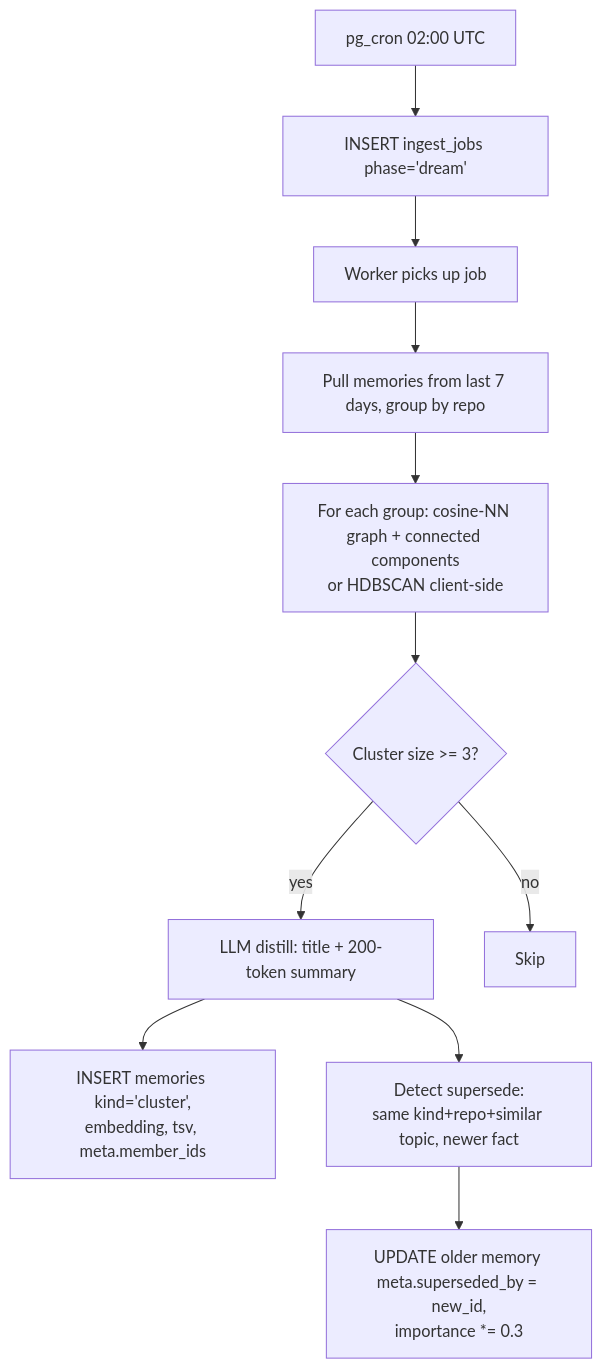
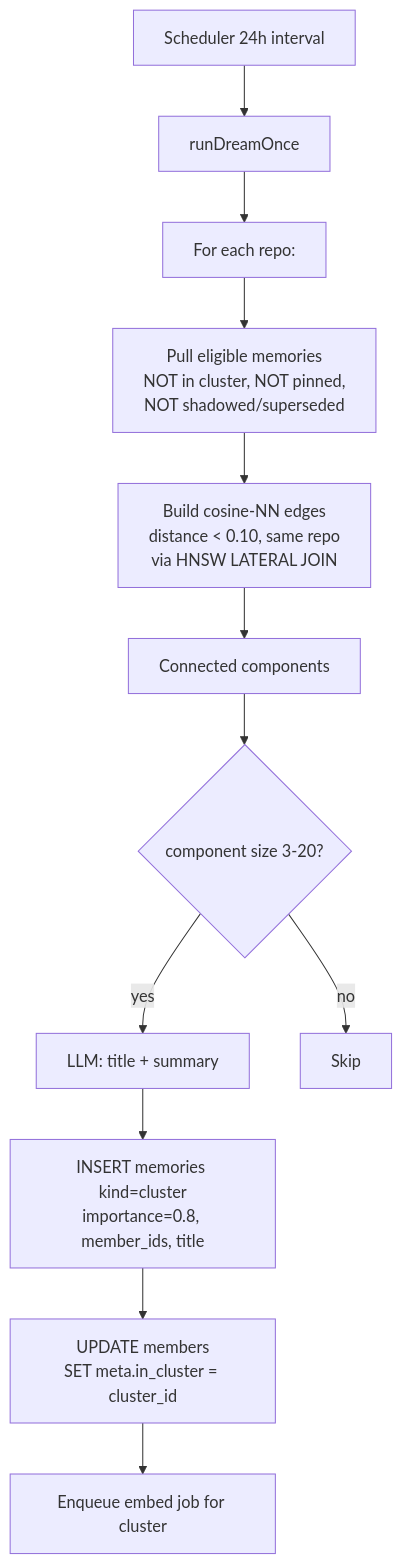
Before and after one commit to j10ra/mneme: the sixth of 8 diagrams in ARCHITECTURE.md, drawn with Mermaid. The commit also changed other lines of this file, not shown here.

First line of the commit message:
(docs): refresh Phase 6 Dream design before implementation

````diff
--- a/ARCHITECTURE.md
+++ b/ARCHITECTURE.md
@@ -474,13 +476,14 @@
 ```mermaid
 flowchart TD
-    A[pg_cron 02:00 UTC] --> B[INSERT ingest_jobs phase='dream']
-    B --> C[Worker picks up job]
-    C --> D[Pull memories from last 7 days, group by repo]
-    D --> E[For each group: cosine-NN graph + connected components<br/>or HDBSCAN client-side]
-    E --> F{Cluster size >= 3?}
-    F -- yes --> G[LLM distill: title + 200-token summary]
-    F -- no --> H[Skip]
-    G --> I[INSERT memories kind='cluster',<br/>embedding, tsv, meta.member_ids]
-    G --> J[Detect supersede:<br/>same kind+repo+similar topic, newer fact]
-    J --> K[UPDATE older memory meta.superseded_by = new_id,<br/>importance *= 0.3]
+    A[Scheduler 24h interval] --> B[runDreamOnce]
+    B --> C[For each repo:]
+    C --> D[Pull eligible memories<br/>NOT in cluster, NOT pinned,<br/>NOT shadowed/superseded]
+    D --> E[Build cosine-NN edges<br/>distance < 0.10, same repo<br/>via HNSW LATERAL JOIN]
+    E --> F[Connected components]
+    F --> G{component size 3-20?}
+    G -- yes --> H[LLM: title + summary]
+    G -- no --> I[Skip]
+    H --> J[INSERT memories kind=cluster<br/>importance=0.8, member_ids, title]
+    J --> K[UPDATE members<br/>SET meta.in_cluster = cluster_id]
+    K --> L[Enqueue embed job for cluster]
 ```
````
